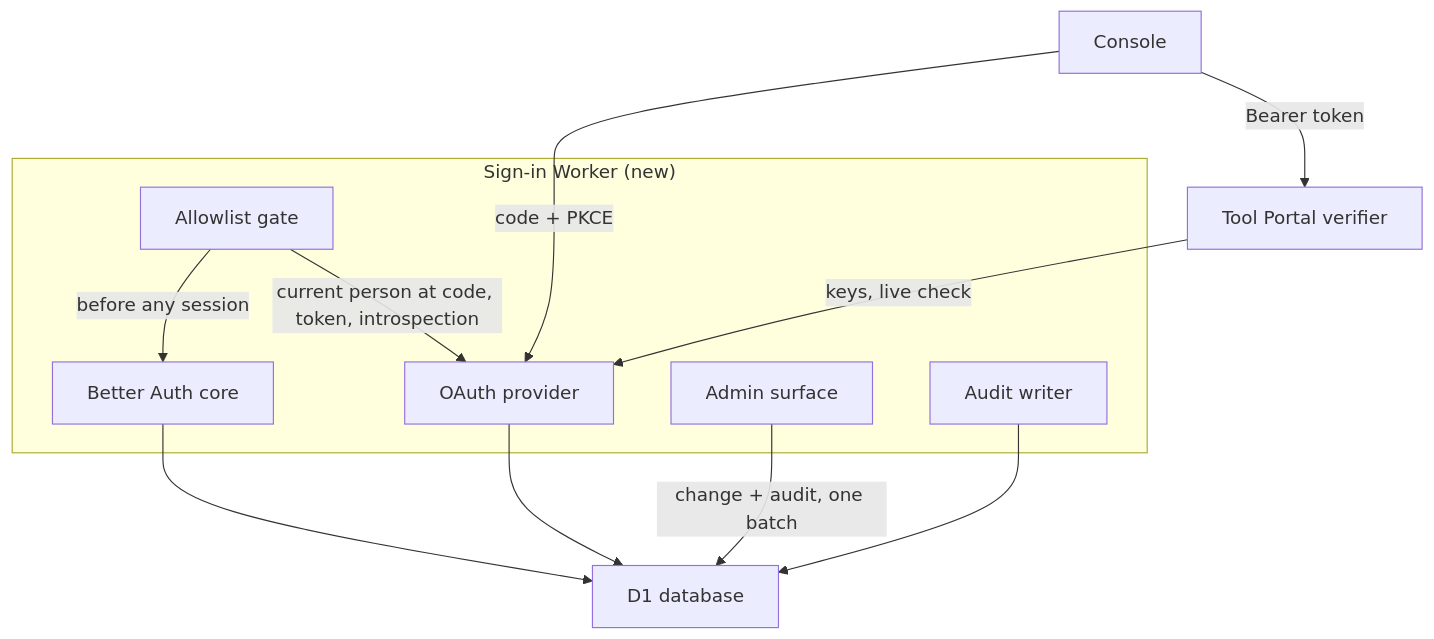
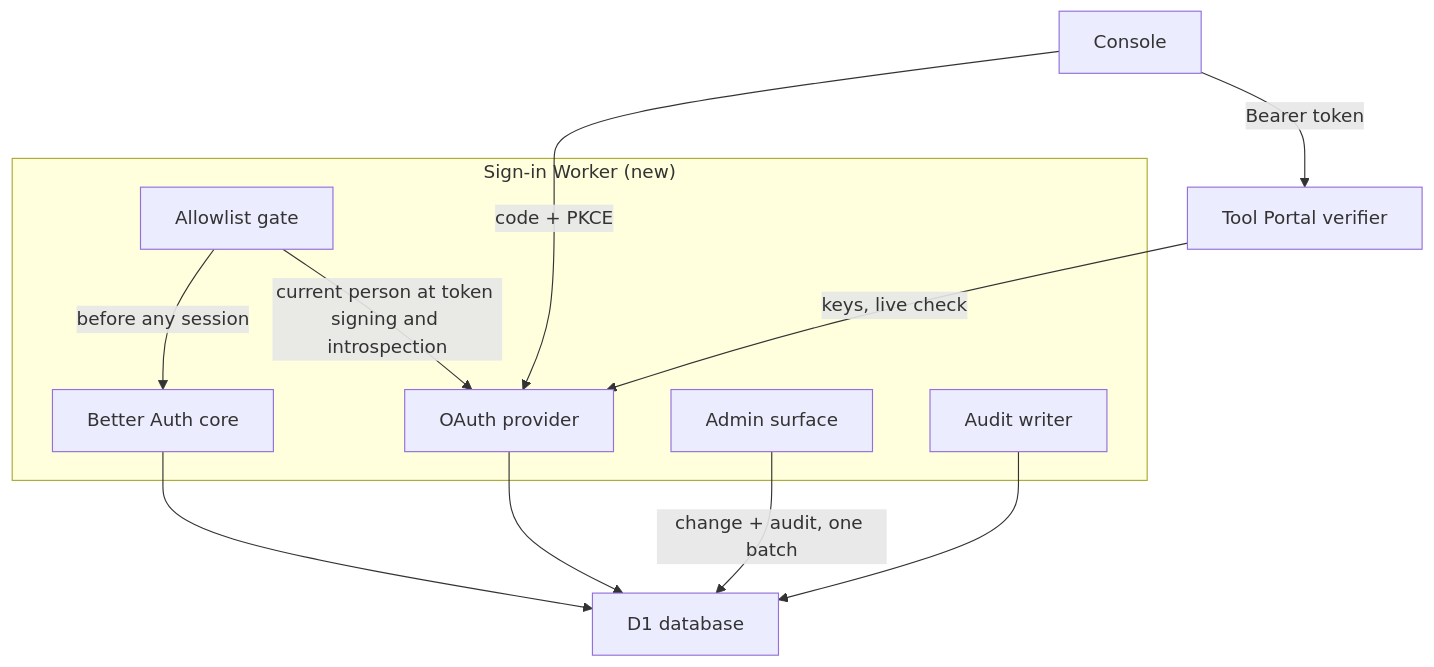
One commit to ShravanSunder/agent-vm changed the first of 3 diagrams in docs/specs/2026-10-20-people-sign-in/program-design.md. Above: the diagram before and after it, drawn with Mermaid. The commit also changed other lines of this file and 3 other files, not shown here.

First line of the commit message:
Attach the sign-in current-person check at source-verified points

````diff
--- a/docs/specs/2026-10-20-people-sign-in/program-design.md
+++ b/docs/specs/2026-10-20-people-sign-in/program-design.md
@@ -28,22 +28,22 @@
 ```mermaid
 flowchart TB
   CON["Console"]
   TPV["Tool Portal verifier"]
   subgraph W["Sign-in Worker (new)"]
     AL["Allowlist gate"]
     BA["Better Auth core"]
     OP["OAuth provider"]
     AD["Admin surface"]
     AU["Audit writer"]
   end
   DB["D1 database"]
   CON -->|code + PKCE| OP
   CON -->|Bearer token| TPV
   TPV -->|keys, live check| OP
   AL -->|before any session| BA
-  AL -->|current person at code, token, introspection| OP
+  AL -->|current person at token signing and introspection| OP
   BA --> DB
   OP --> DB
   AD -->|change + audit, one batch| DB
   AU --> DB
 ```
````
